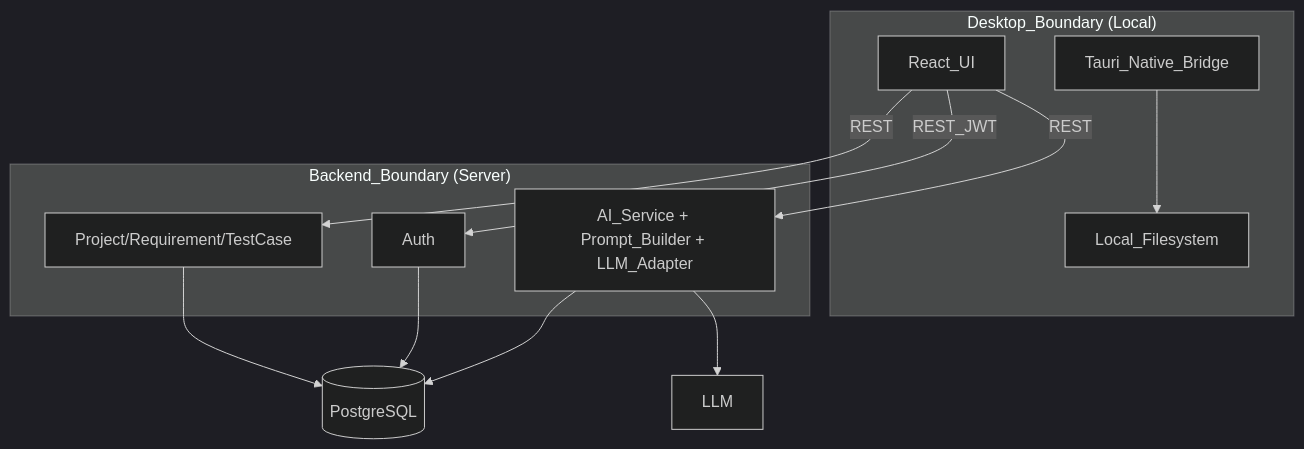
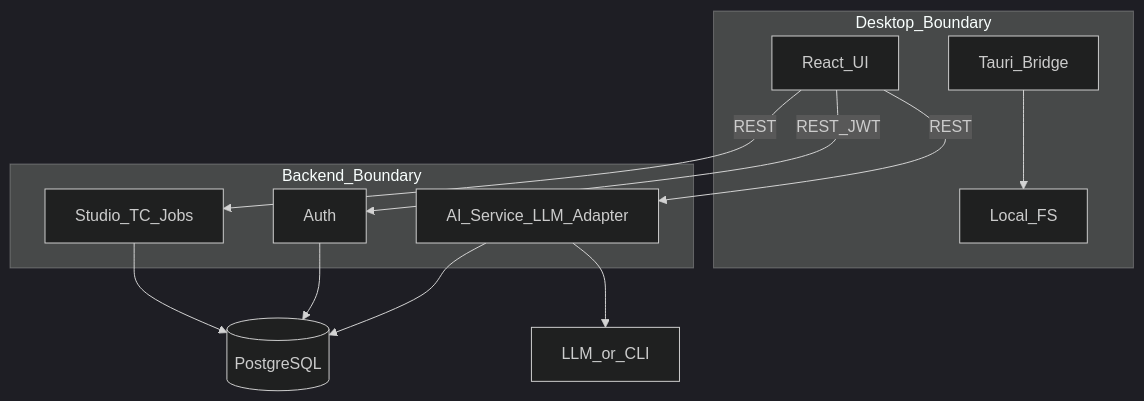
Before and after one commit to lehoailam1999/AiTest: the first of 3 diagrams in KIEN_TRUC_DU_AN.md, drawn with Mermaid (dark theme). The commit also changed other lines of this file and 110 other files, not shown here.

````diff
--- a/KIEN_TRUC_DU_AN.md
+++ b/KIEN_TRUC_DU_AN.md
@@ -147,26 +148,23 @@
 ```mermaid
 flowchart TB
-  subgraph Desktop["Desktop_Boundary (Local)"]
+  subgraph Desktop["Desktop_Boundary"]
     UI[React_UI]
-    Tauri[Tauri_Native_Bridge]
-    FS[Local_Filesystem]
+    Tauri[Tauri_Bridge]
+    FS[Local_FS]
   end
-
-  subgraph Backend["Backend_Boundary (Server)"]
+  subgraph Backend["Backend_Boundary"]
     AUTH[Auth]
-    DOMAIN[Project/Requirement/TestCase]
-    AI[AI_Service + Prompt_Builder + LLM_Adapter]
+    DOMAIN[Studio_TC_Jobs]
+    AI[AI_Service_LLM_Adapter]
   end
-
   DB[(PostgreSQL)]
-  LLM[LLM]
-
+  LLM[LLM_or_CLI]
   UI -->|REST_JWT| AUTH
   UI -->|REST| DOMAIN
   UI -->|REST| AI
   Tauri --> FS
   DOMAIN --> DB
   AUTH --> DB
   AI --> LLM
   AI --> DB
 ```
````
